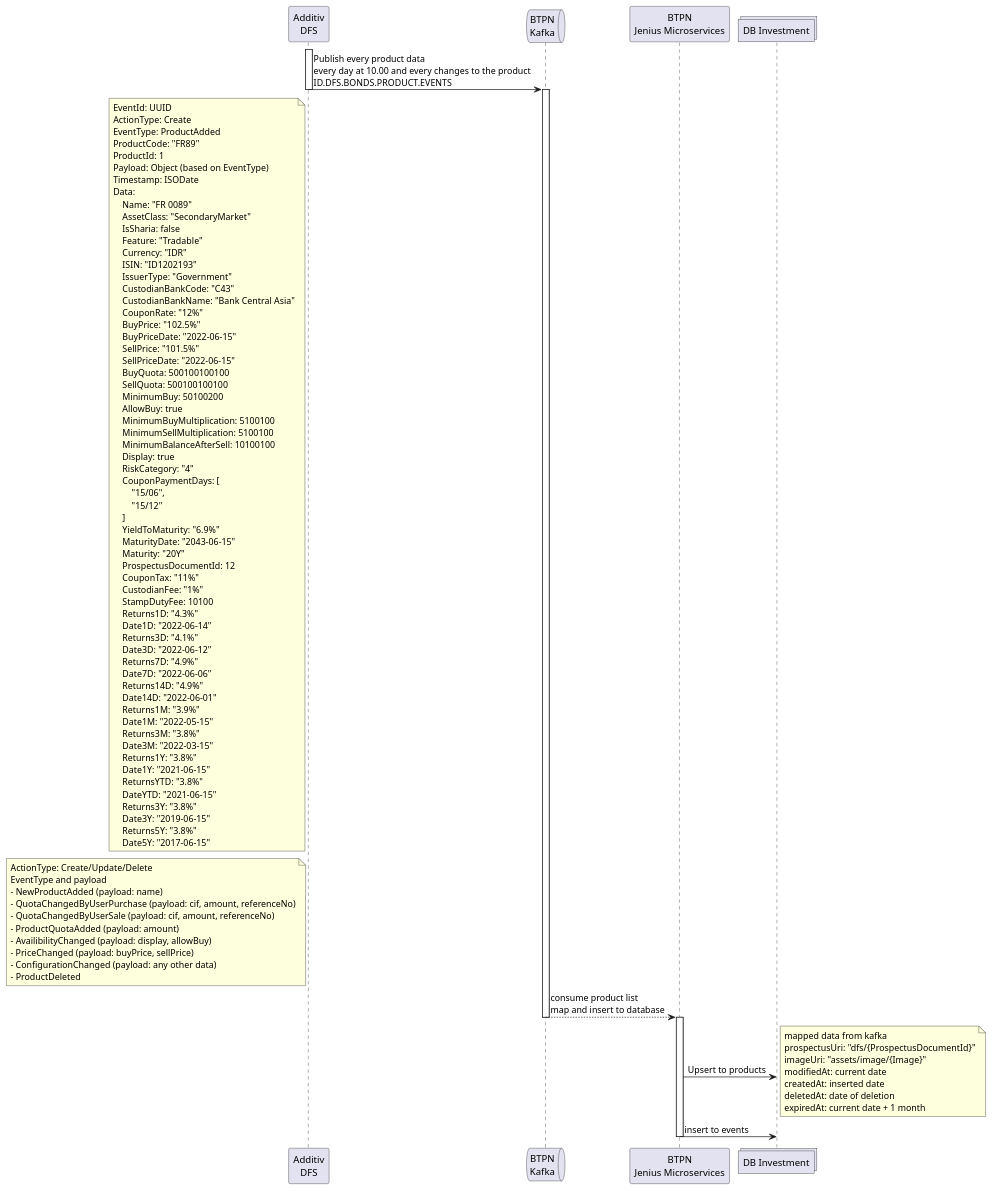
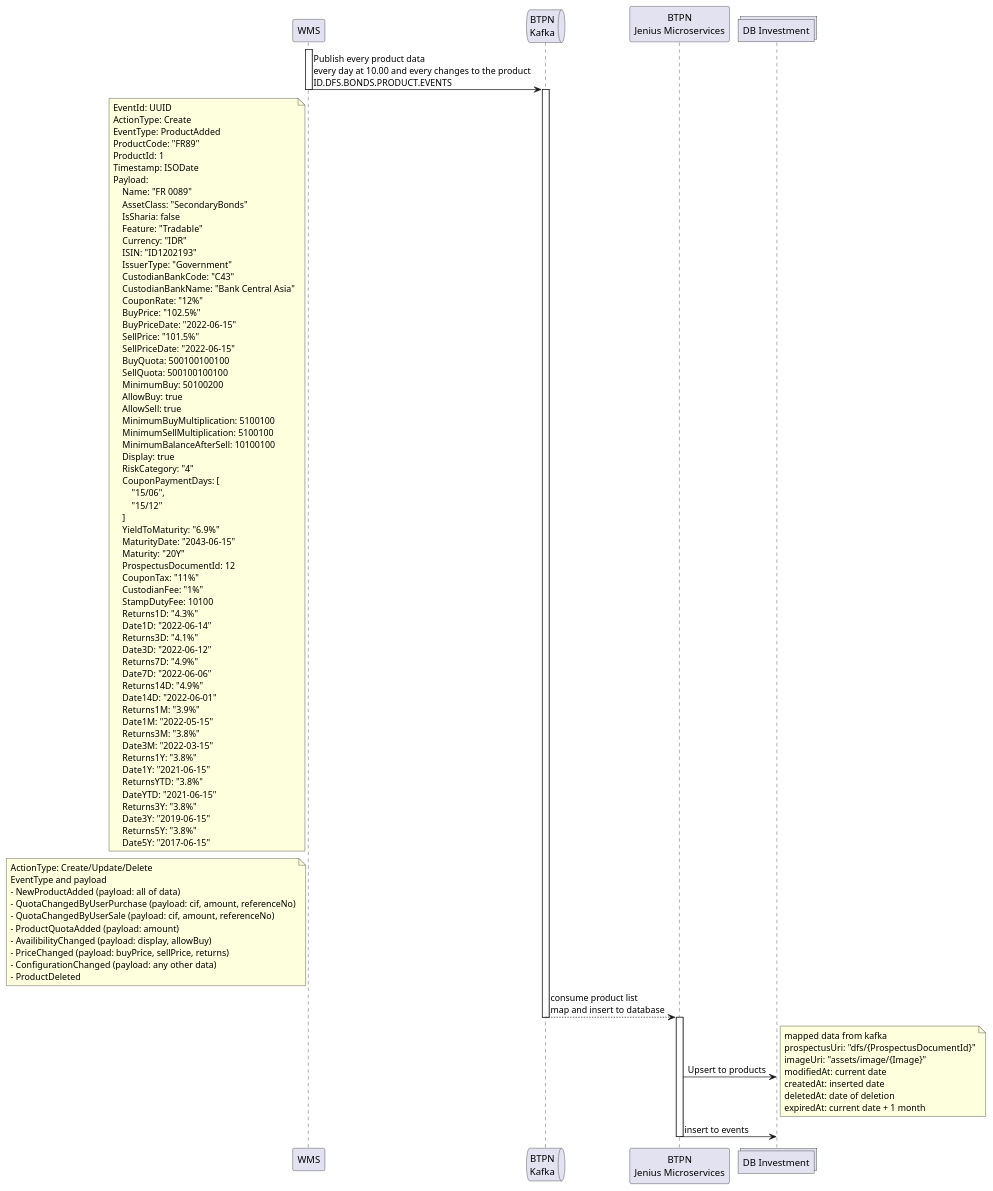
Before and after one commit to iksena/jenius-uml: the diagram in bonds/high_product.puml, drawn with PlantUML.

Commit message:
high prod

```diff
--- a/bonds/high_product.puml
+++ b/bonds/high_product.puml
@@ -1,103 +1,103 @@
 @startuml products
-participant "Additiv\nDFS" as dfs
+participant "WMS" as dfs
 queue "BTPN\nKafka" as kafka
 participant "BTPN\nJenius Microservices" as ms
 collections "DB Investment" as db
 
 activate dfs
 dfs -> kafka: Publish every product data\nevery day at 10.00 and every changes to the product\nID.DFS.BONDS.PRODUCT.EVENTS
 note left of dfs
 EventId: UUID
 ActionType: Create
 EventType: ProductAdded
 ProductCode: "FR89"
 ProductId: 1
-Payload: Object (based on EventType)
 Timestamp: ISODate
-Data:
+Payload:
     Name: "FR 0089"
-    AssetClass: "SecondaryMarket"
+    AssetClass: "SecondaryBonds"
     IsSharia: false
     Feature: "Tradable"
     Currency: "IDR"
     ISIN: "ID1202193"
     IssuerType: "Government"
     CustodianBankCode: "C43"
     CustodianBankName: "Bank Central Asia"
     CouponRate: "12%"
     BuyPrice: "102.5%"
     BuyPriceDate: "2022-06-15"
     SellPrice: "101.5%"
     SellPriceDate: "2022-06-15"
     BuyQuota: 500100100100
     SellQuota: 500100100100
     MinimumBuy: 50100200
     AllowBuy: true
+    AllowSell: true
     MinimumBuyMultiplication: 5100100
     MinimumSellMultiplication: 5100100
     MinimumBalanceAfterSell: 10100100
     Display: true
     RiskCategory: "4"
     CouponPaymentDays: [
         "15/06",
         "15/12"
     ]
     YieldToMaturity: "6.9%"
     MaturityDate: "2043-06-15"
     Maturity: "20Y"
     ProspectusDocumentId: 12
     CouponTax: "11%"
     CustodianFee: "1%"
     StampDutyFee: 10100
     Returns1D: "4.3%"
     Date1D: "2022-06-14"
     Returns3D: "4.1%"
     Date3D: "2022-06-12"
     Returns7D: "4.9%"
     Date7D: "2022-06-06"
     Returns14D: "4.9%"
     Date14D: "2022-06-01"
     Returns1M: "3.9%"
     Date1M: "2022-05-15"
     Returns3M: "3.8%"
     Date3M: "2022-03-15"
     Returns1Y: "3.8%"
     Date1Y: "2021-06-15"
     ReturnsYTD: "3.8%"
     DateYTD: "2021-06-15"
     Returns3Y: "3.8%"
     Date3Y: "2019-06-15"
     Returns5Y: "3.8%"
     Date5Y: "2017-06-15"
 end note
 note left of dfs
 ActionType: Create/Update/Delete
 EventType and payload
-- NewProductAdded (payload: name)
+- NewProductAdded (payload: all of data)
 - QuotaChangedByUserPurchase (payload: cif, amount, referenceNo)
 - QuotaChangedByUserSale (payload: cif, amount, referenceNo)
 - ProductQuotaAdded (payload: amount)
 - AvailibilityChanged (payload: display, allowBuy)
-- PriceChanged (payload: buyPrice, sellPrice)
+- PriceChanged (payload: buyPrice, sellPrice, returns)
 - ConfigurationChanged (payload: any other data)
 - ProductDeleted
 end note
 deactivate dfs
 activate kafka
 kafka --> ms: consume product list\nmap and insert to database
 deactivate kafka
 activate ms
 ms -> db: Upsert to products
 note right
 mapped data from kafka
 prospectusUri: "dfs/{ProspectusDocumentId}"
 imageUri: "assets/image/{Image}"
 modifiedAt: current date
 createdAt: inserted date
 deletedAt: date of deletion
 expiredAt: current date + 1 month
 end note
 ms -> db: insert to events
 deactivate ms
 
 @enduml
```
